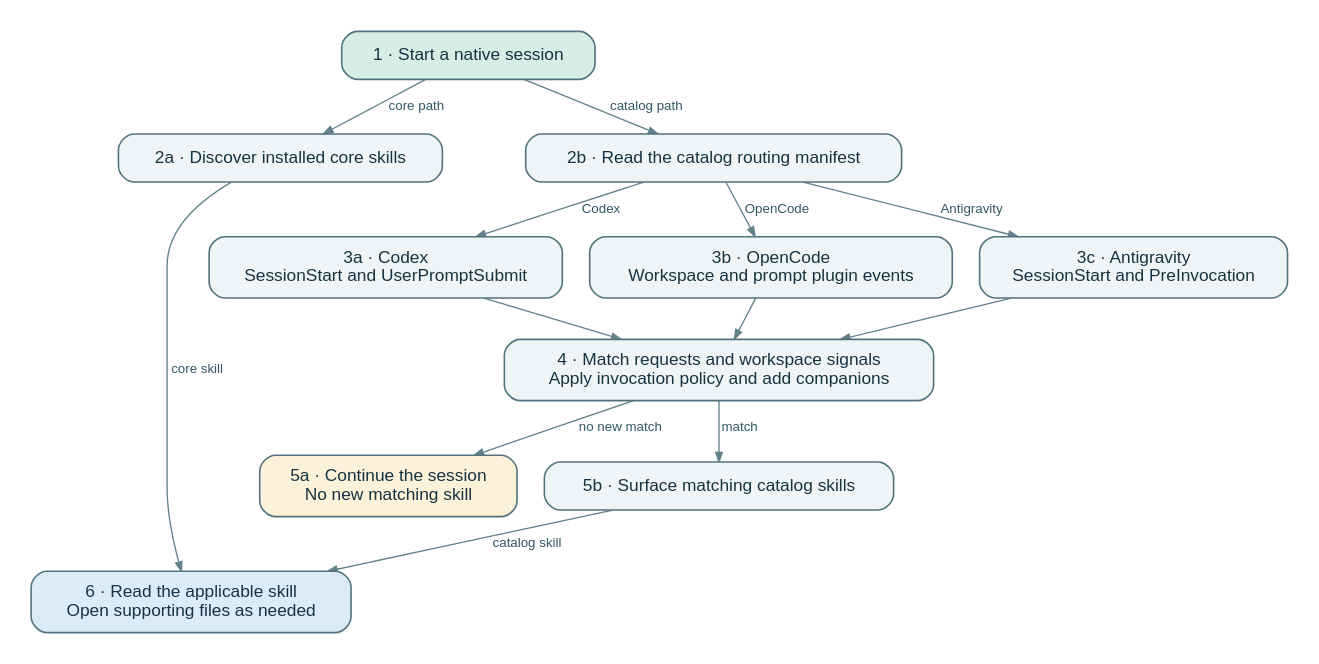
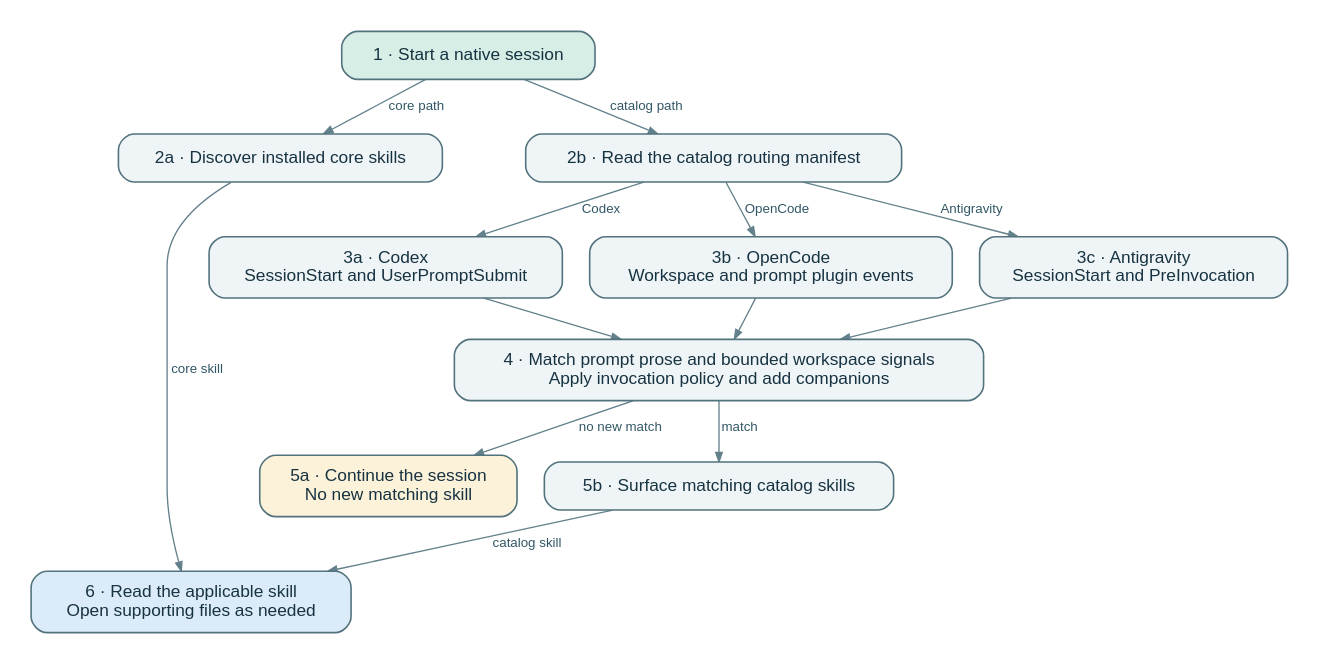
One commit to bioassembly/sage changed the diagram in docs/architecture/routing.dot. Above: the diagram before and after it, drawn with Graphviz. The commit also changed 34 other files, not shown here.

```diff
--- a/docs/architecture/routing.dot
+++ b/docs/architecture/routing.dot
@@ -1,30 +1,30 @@
 digraph "routing" {
   graph [rankdir=TB, bgcolor="white", pad="0.22", ranksep="0.40", nodesep="0.28", outputorder="edgesfirst"];
   node [shape=box, style="rounded,filled", fontname="Helvetica", fontsize=13, fontcolor="#173341", color="#52737d", fillcolor="#eff5f7", margin="0.17,0.12", penwidth=1.2];
   edge [fontname="Helvetica", fontsize=10, fontcolor="#315765", color="#63818b", arrowsize=0.7];
   start [label="1 · Start a native session", fillcolor="#d7eee6"];
   core [label="2a · Discover installed core skills"];
   manifest [label="2b · Read the catalog routing manifest"];
   codex [label="3a · Codex\nSessionStart and UserPromptSubmit"];
   open [label="3b · OpenCode\nWorkspace and prompt plugin events"];
   agy [label="3c · Antigravity\nSessionStart and PreInvocation"];
-  match [label="4 · Match requests and workspace signals\nApply invocation policy and add companions"];
+  match [label="4 · Match prompt prose and bounded workspace signals\nApply invocation policy and add companions"];
   none [label="5a · Continue the session\nNo new matching skill", fillcolor="#fcf1d9"];
   found [label="5b · Surface matching catalog skills"];
   use [label="6 · Read the applicable skill\nOpen supporting files as needed", fillcolor="#dcebf8"];
   { rank=same; core; manifest; }
   { rank=same; codex; open; agy; }
   { rank=same; none; found; }
   start -> core [label="core path"];
   start -> manifest [label="catalog path"];
   manifest -> codex [label="Codex"];
   manifest -> open [label="OpenCode"];
   manifest -> agy [label="Antigravity"];
   codex -> match;
   open -> match;
   agy -> match;
   match -> none [label="no new match"];
   match -> found [label="match"];
   found -> use [label="catalog skill"];
   core -> use [label="core skill"];
 }
```
